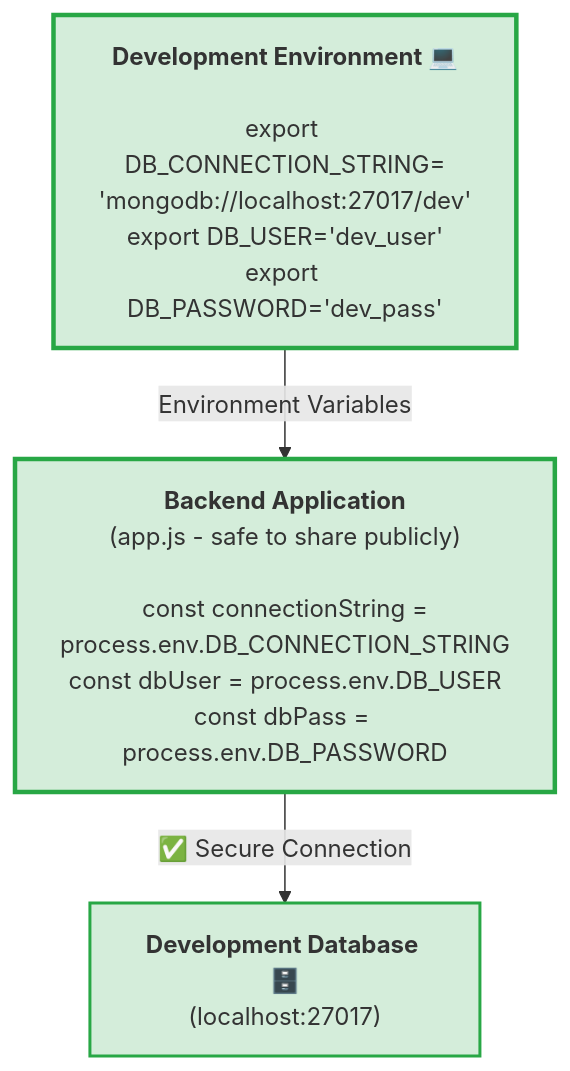
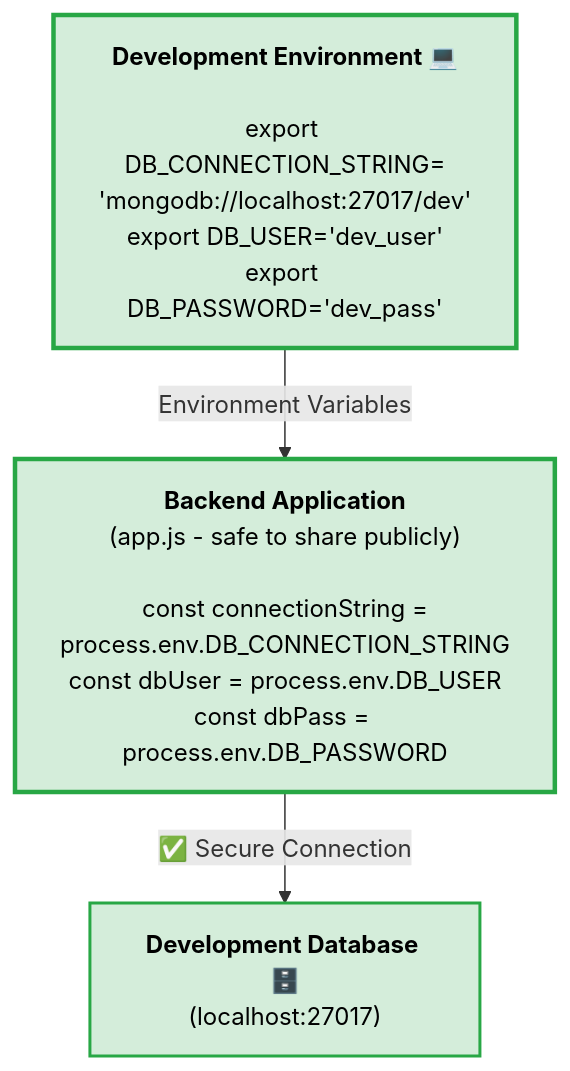
The second of 3 diagrams in 03-History-Variables/02-environment-variables.md (VIVES-Zuid/IntroToLinux), drawn with Mermaid before and after one commit. The commit also changed other lines of this file and 2 other files, not shown here.

````diff
--- a/03-History-Variables/02-environment-variables.md
+++ b/03-History-Variables/02-environment-variables.md
@@ -138,13 +136,13 @@
 ```mermaid
 graph TD
     A["<b>Development Environment 💻</b><br/><br/>export DB_CONNECTION_STRING=<br/>'mongodb://localhost:27017/dev'<br/>export DB_USER='dev_user'<br/>export DB_PASSWORD='dev_pass'"]
     B["<b>Backend Application</b><br/>(app.js - safe to share publicly)<br/><br/>const connectionString =<br/>process.env.DB_CONNECTION_STRING<br/>const dbUser = process.env.DB_USER<br/>const dbPass = process.env.DB_PASSWORD"]
     C["<b>Development Database 🗄️</b><br/>(localhost:27017)"]
     
     A -->|"Environment Variables"| B
     B -->|"✅ Secure Connection"| C
     
-    style A fill:#d4edda,stroke:#28a745,stroke-width:3px
-    style B fill:#d4edda,stroke:#28a745,stroke-width:3px
-    style C fill:#d4edda,stroke:#28a745,stroke-width:2px
+    style A fill:#d4edda,stroke:#28a745,stroke-width:3px,color:#000
+    style B fill:#d4edda,stroke:#28a745,stroke-width:3px,color:#000
+    style C fill:#d4edda,stroke:#28a745,stroke-width:2px,color:#000
 ```
````
